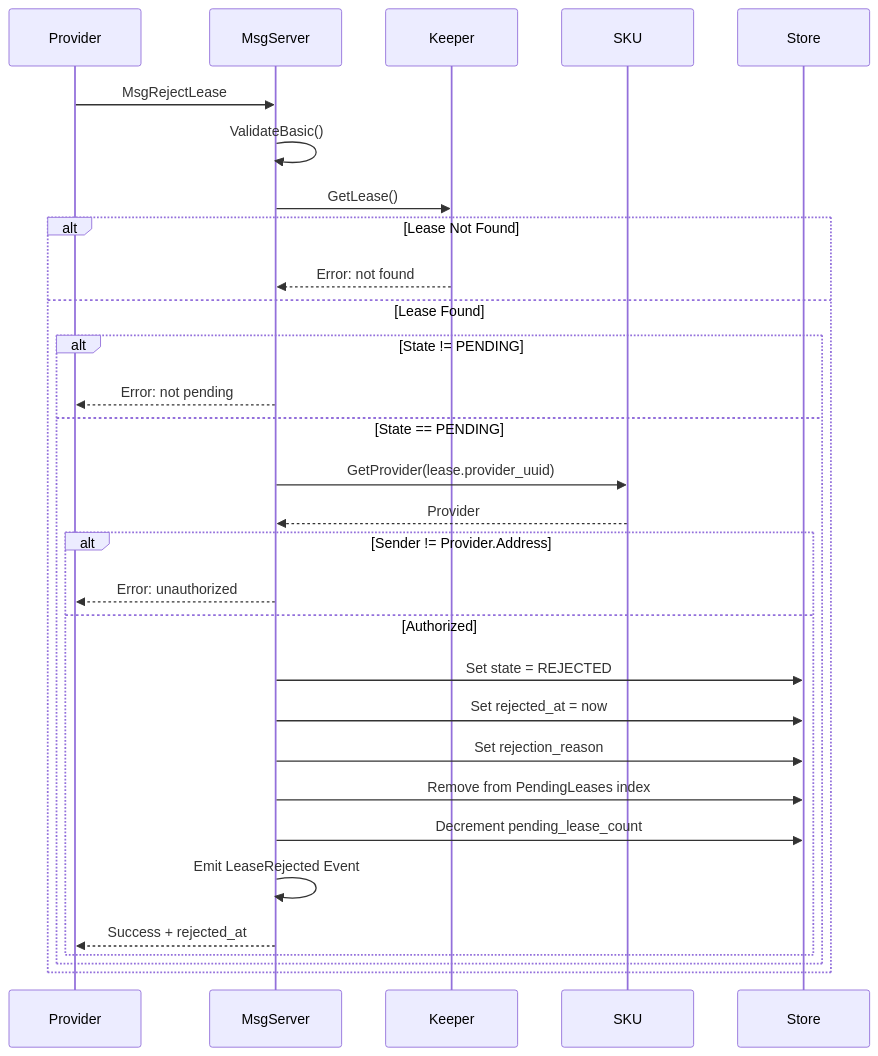
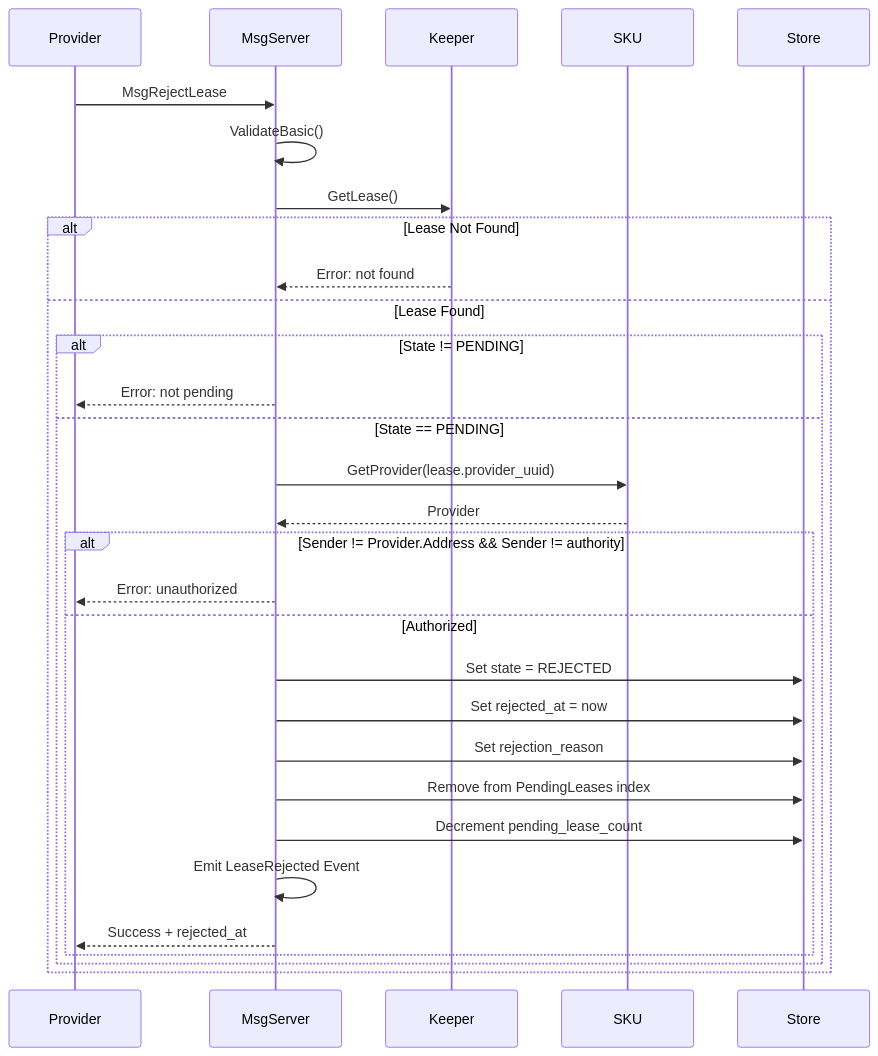
The eighth of 13 diagrams in x/billing/docs/ARCHITECTURE.md (manifest-network/manifest-ledger), drawn with Mermaid before and after one commit. The commit also changed other lines of this file and 16 other files, not shown here.

````diff
--- a/x/billing/docs/ARCHITECTURE.md
+++ b/x/billing/docs/ARCHITECTURE.md
@@ -360,35 +368,35 @@
 ```mermaid
 sequenceDiagram
     participant Provider
     participant MsgServer
     participant Keeper
     participant SKU
     participant Store
     
     Provider->>MsgServer: MsgRejectLease
     MsgServer->>MsgServer: ValidateBasic()
     MsgServer->>Keeper: GetLease()
     
     alt Lease Not Found
         Keeper-->>MsgServer: Error: not found
     else Lease Found
         alt State != PENDING
             MsgServer-->>Provider: Error: not pending
         else State == PENDING
             MsgServer->>SKU: GetProvider(lease.provider_uuid)
             SKU-->>MsgServer: Provider
             
-            alt Sender != Provider.Address
+            alt Sender != Provider.Address && Sender != authority
                 MsgServer-->>Provider: Error: unauthorized
             else Authorized
                 MsgServer->>Store: Set state = REJECTED
                 MsgServer->>Store: Set rejected_at = now
                 MsgServer->>Store: Set rejection_reason
                 MsgServer->>Store: Remove from PendingLeases index
                 MsgServer->>Store: Decrement pending_lease_count
                 MsgServer->>MsgServer: Emit LeaseRejected Event
                 MsgServer-->>Provider: Success + rejected_at
             end
         end
     end
 ```
````
